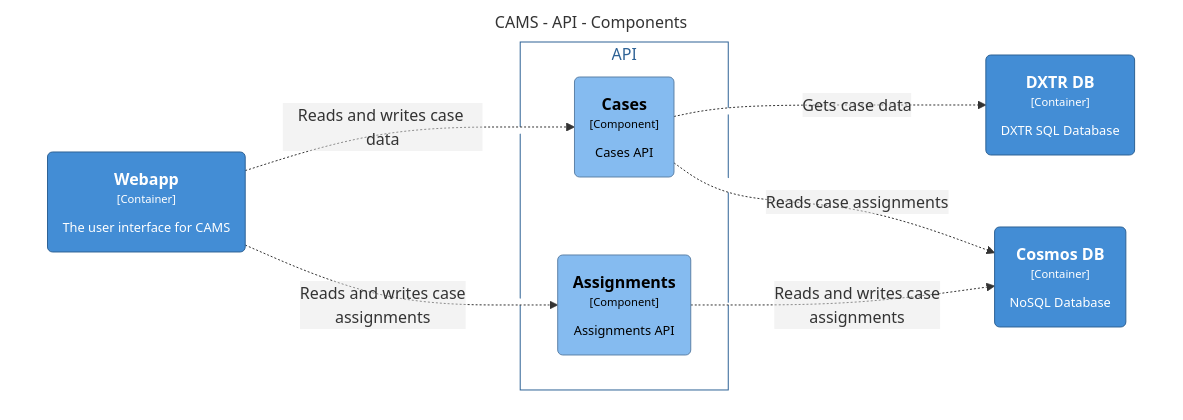
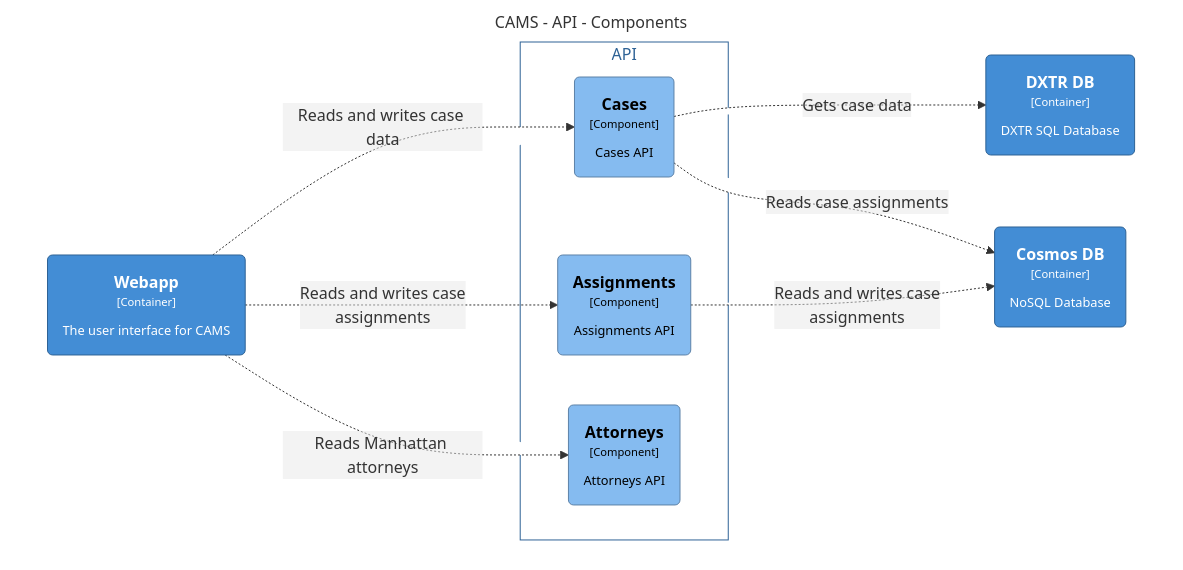
One commit to US-Trustee-Program/Bankruptcy-Oversight-Support-Systems changed the diagram in docs/architecture/diagrams/cams-webapp-with-functions-api.md. Above: the diagram before and after it, drawn with Mermaid. The commit also changed 4 other files, not shown here.

First line of the commit message:
Add the Attorneys Function to the diagrams

````diff
--- a/docs/architecture/diagrams/cams-webapp-with-functions-api.md
+++ b/docs/architecture/diagrams/cams-webapp-with-functions-api.md
@@ -3,30 +3,33 @@
 ```mermaid
 graph TB
   linkStyle default fill:#ffffff
 
   subgraph diagram [CAMS - API - Components]
     style diagram fill:#ffffff,stroke:#ffffff
 
-    11("<div style='font-weight: bold'>Cosmos DB</div><div style='font-size: 70%; margin-top: 0px'>[Container]</div><div style='font-size: 80%; margin-top:10px'>NoSQL Database</div>")
+    11("<div style='font-weight: bold'>DXTR DB</div><div style='font-size: 70%; margin-top: 0px'>[Container]</div><div style='font-size: 80%; margin-top:10px'>DXTR SQL Database</div>")
     style 11 fill:#438dd5,stroke:#2e6295,color:#ffffff
+    12("<div style='font-weight: bold'>Cosmos DB</div><div style='font-size: 70%; margin-top: 0px'>[Container]</div><div style='font-size: 80%; margin-top:10px'>NoSQL Database</div>")
+    style 12 fill:#438dd5,stroke:#2e6295,color:#ffffff
     4("<div style='font-weight: bold'>Webapp</div><div style='font-size: 70%; margin-top: 0px'>[Container]</div><div style='font-size: 80%; margin-top:10px'>The user interface for CAMS</div>")
     style 4 fill:#438dd5,stroke:#2e6295,color:#ffffff
-    10("<div style='font-weight: bold'>DXTR DB</div><div style='font-size: 70%; margin-top: 0px'>[Container]</div><div style='font-size: 80%; margin-top:10px'>DXTR SQL Database</div>")
-    style 10 fill:#438dd5,stroke:#2e6295,color:#ffffff
 
     subgraph 7 [API]
       style 7 fill:#ffffff,stroke:#2e6295,color:#2e6295
 
+      10("<div style='font-weight: bold'>Attorneys</div><div style='font-size: 70%; margin-top: 0px'>[Component]</div><div style='font-size: 80%; margin-top:10px'>Attorneys API</div>")
+      style 10 fill:#85bbf0,stroke:#5d82a8,color:#000000
       8("<div style='font-weight: bold'>Cases</div><div style='font-size: 70%; margin-top: 0px'>[Component]</div><div style='font-size: 80%; margin-top:10px'>Cases API</div>")
       style 8 fill:#85bbf0,stroke:#5d82a8,color:#000000
       9("<div style='font-weight: bold'>Assignments</div><div style='font-size: 70%; margin-top: 0px'>[Component]</div><div style='font-size: 80%; margin-top:10px'>Assignments API</div>")
       style 9 fill:#85bbf0,stroke:#5d82a8,color:#000000
     end
 
     4-. "<div>Reads and writes case data</div><div style='font-size: 70%'></div>" .->8
     4-. "<div>Reads and writes case<br />assignments</div><div style='font-size: 70%'></div>" .->9
-    8-. "<div>Gets case data</div><div style='font-size: 70%'></div>" .->10
-    8-. "<div>Reads case assignments</div><div style='font-size: 70%'></div>" .->11
-    9-. "<div>Reads and writes case<br />assignments</div><div style='font-size: 70%'></div>" .->11
+    8-. "<div>Gets case data</div><div style='font-size: 70%'></div>" .->11
+    8-. "<div>Reads case assignments</div><div style='font-size: 70%'></div>" .->12
+    9-. "<div>Reads and writes case<br />assignments</div><div style='font-size: 70%'></div>" .->12
+    4-. "<div>Reads Manhattan attorneys</div><div style='font-size: 70%'></div>" .->10
   end
 ```
````
